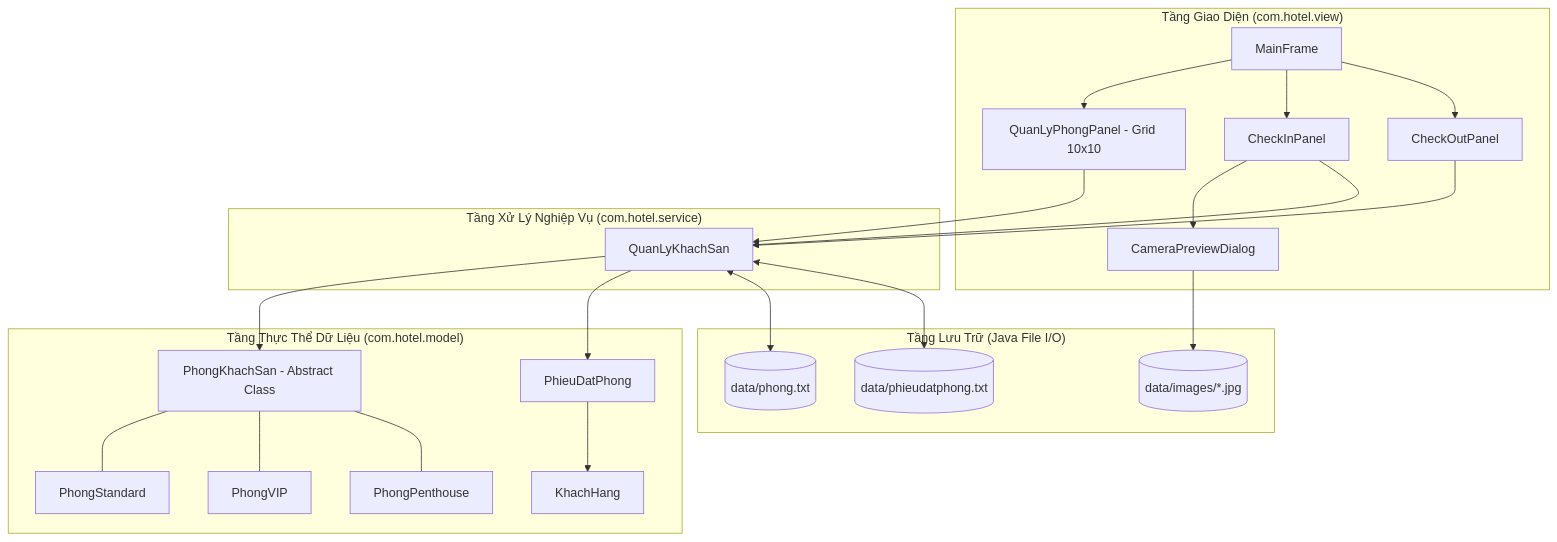
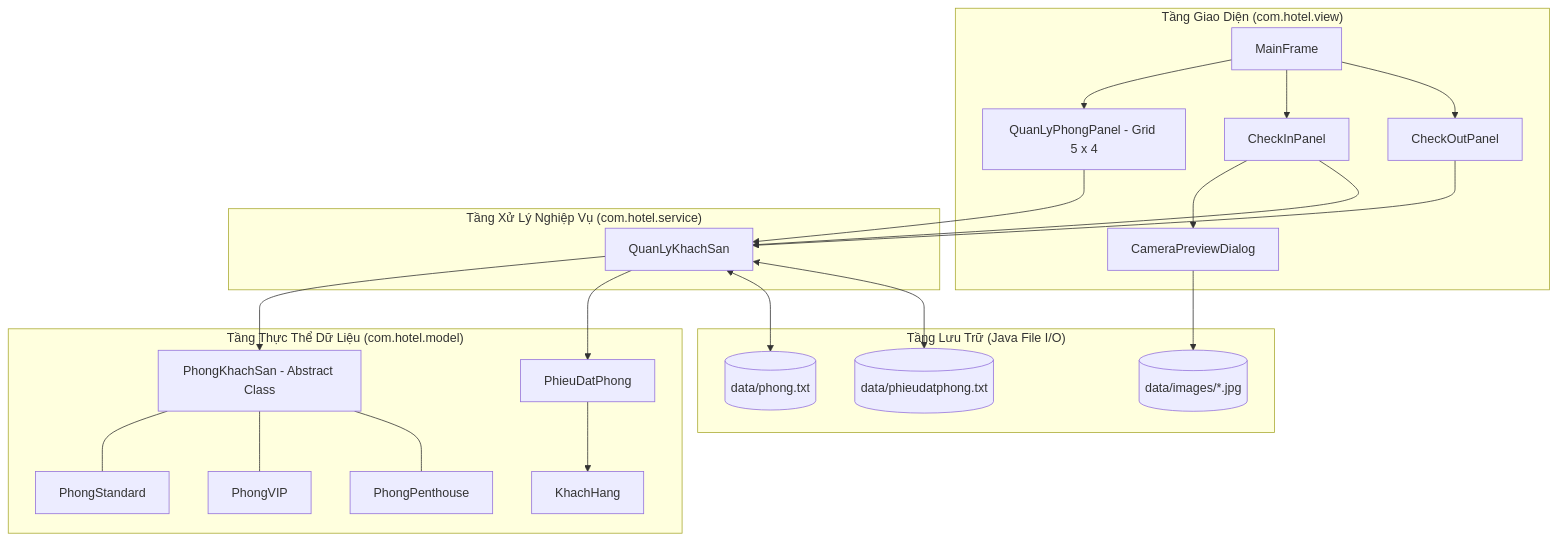
Before and after one commit to NNTTuan/HotelBookingSystem: the diagram in docs/diagrams/architecture.mmd, drawn with Mermaid. The commit also changed 4 other files, not shown here.

Commit message:
edit README.md, activity_checkin.mmd, architecture.mmd, erd_data_model.mmd, usecase_diagram.mmd

```diff
--- a/docs/diagrams/architecture.mmd
+++ b/docs/diagrams/architecture.mmd
@@ -1,49 +1,49 @@
 flowchart TD
     subgraph ViewLayer ["Tầng Giao Diện (com.hotel.view)"]
         MF["MainFrame"]
-        QLP["QuanLyPhongPanel - Grid 10x10"]
+        QLP["QuanLyPhongPanel - Grid 5 x 4"]
         CIP["CheckInPanel"]
         COP["CheckOutPanel"]
         CAM_DLG["CameraPreviewDialog"]
     end
 
     subgraph ServiceLayer ["Tầng Xử Lý Nghiệp Vụ (com.hotel.service)"]
         QLKS["QuanLyKhachSan"]
     end
 
     subgraph ModelLayer ["Tầng Thực Thể Dữ Liệu (com.hotel.model)"]
         PKS["PhongKhachSan - Abstract Class"]
         STD["PhongStandard"]
         VIP["PhongVIP"]
         PNT["PhongPenthouse"]
         KH["KhachHang"]
         PDP["PhieuDatPhong"]
     end
 
     subgraph StorageLayer ["Tầng Lưu Trữ (Java File I/O)"]
         TXT_PHONG[("data/phong.txt")]
         TXT_PHIEU[("data/phieudatphong.txt")]
         IMG_FOLDER[("data/images/*.jpg")]
     end
 
     MF --> QLP
     MF --> CIP
     MF --> COP
 
     CIP --> CAM_DLG
 
     QLP --> QLKS
     CIP --> QLKS
     COP --> QLKS
 
     QLKS --> PKS
     QLKS --> PDP
     PDP --> KH
 
     PKS --- STD
     PKS --- VIP
     PKS --- PNT
 
     QLKS <--> TXT_PHONG
     QLKS <--> TXT_PHIEU
     CAM_DLG --> IMG_FOLDER
```
